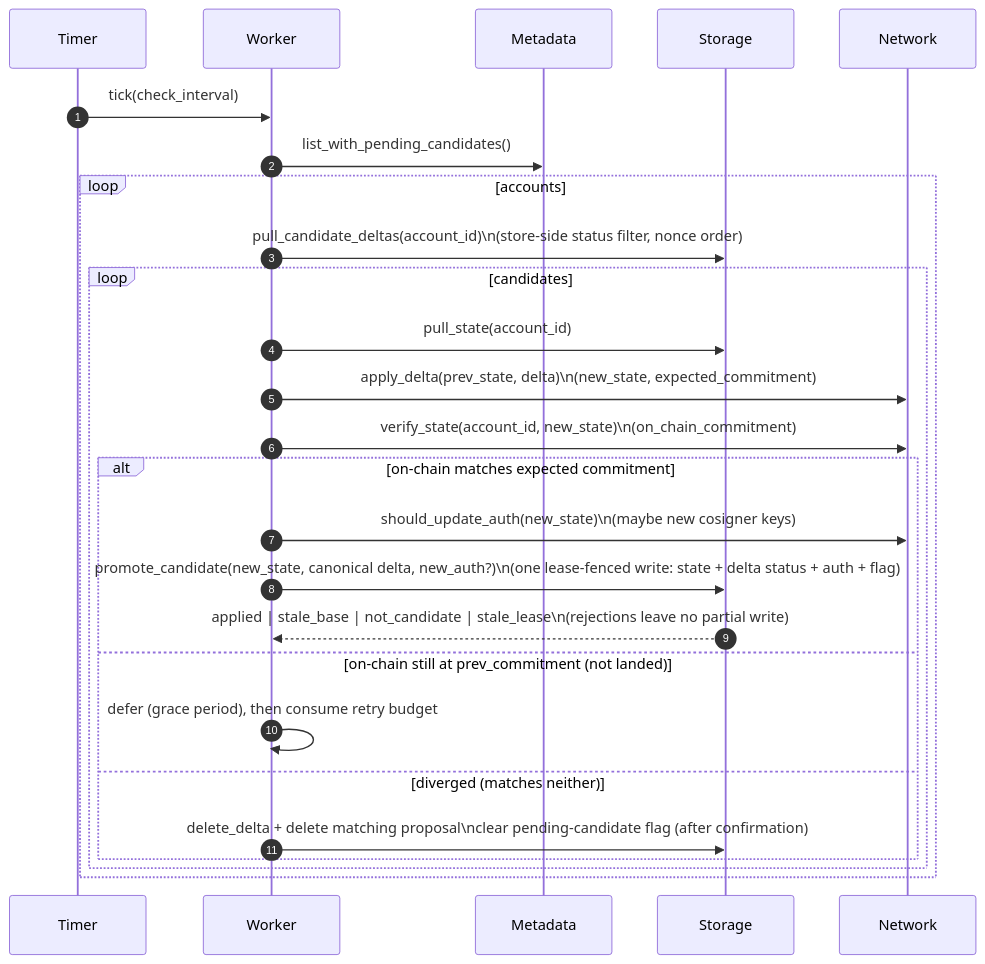
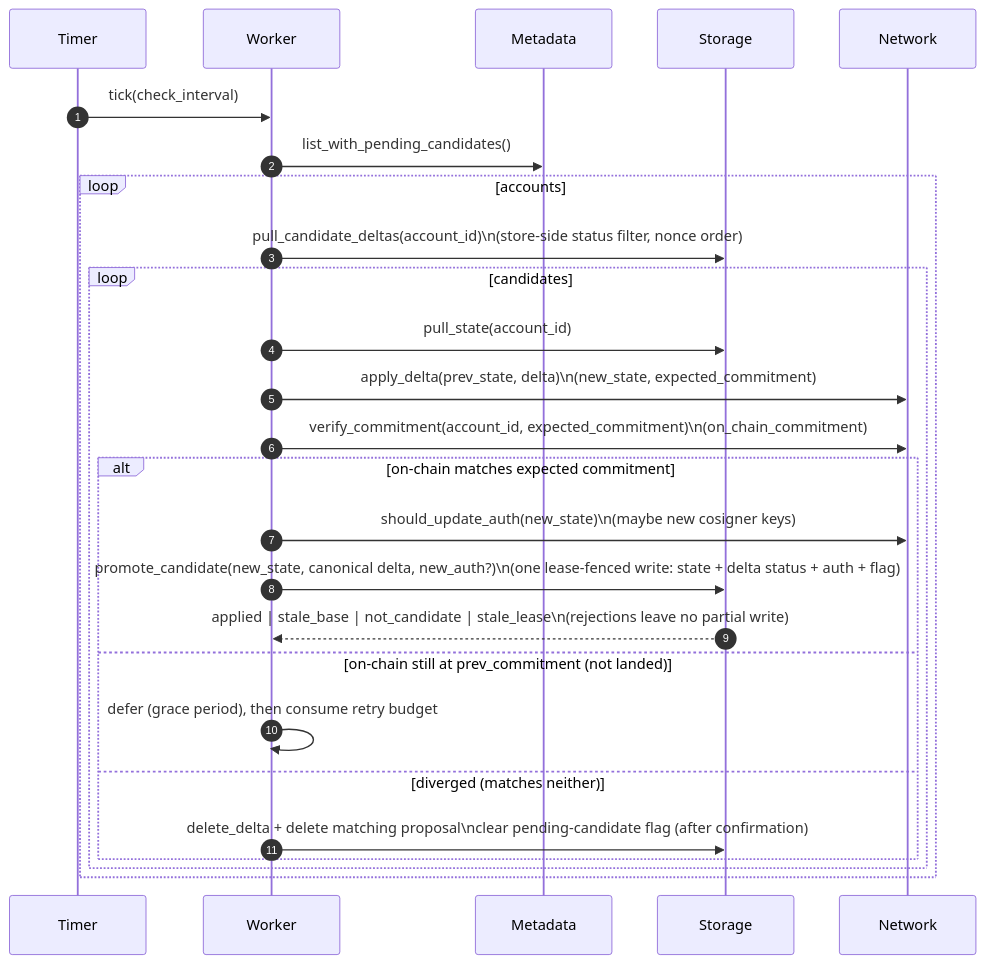
One commit to OpenZeppelin/guardian changed the tenth of 10 diagrams in spec/processes.md. Above: the diagram before and after it, drawn with Mermaid. The commit also changed 8 other files, not shown here.

````diff
--- a/spec/processes.md
+++ b/spec/processes.md
@@ -268,28 +268,28 @@
 ```mermaid
 sequenceDiagram
   autonumber
   participant T as Timer
   participant W as Worker
   participant M as Metadata
   participant ST as Storage
   participant N as Network
   T->>W: tick(check_interval)
   W->>M: list_with_pending_candidates()
   loop accounts
     W->>ST: pull_candidate_deltas(account_id)\n(store-side status filter, nonce order)
     loop candidates
       W->>ST: pull_state(account_id)
       W->>N: apply_delta(prev_state, delta)\n(new_state, expected_commitment)
-      W->>N: verify_state(account_id, new_state)\n(on_chain_commitment)
+      W->>N: verify_commitment(account_id, expected_commitment)\n(on_chain_commitment)
       alt on-chain matches expected commitment
         W->>N: should_update_auth(new_state)\n(maybe new cosigner keys)
         W->>ST: promote_candidate(new_state, canonical delta, new_auth?)\n(one lease-fenced write: state + delta status + auth + flag)
         ST-->>W: applied | stale_base | not_candidate | stale_lease\n(rejections leave no partial write)
       else on-chain still at prev_commitment (not landed)
         W->>W: defer (grace period), then consume retry budget
       else diverged (matches neither)
         W->>ST: delete_delta + delete matching proposal\nclear pending-candidate flag (after confirmation)
       end
     end
   end
 ```
````
